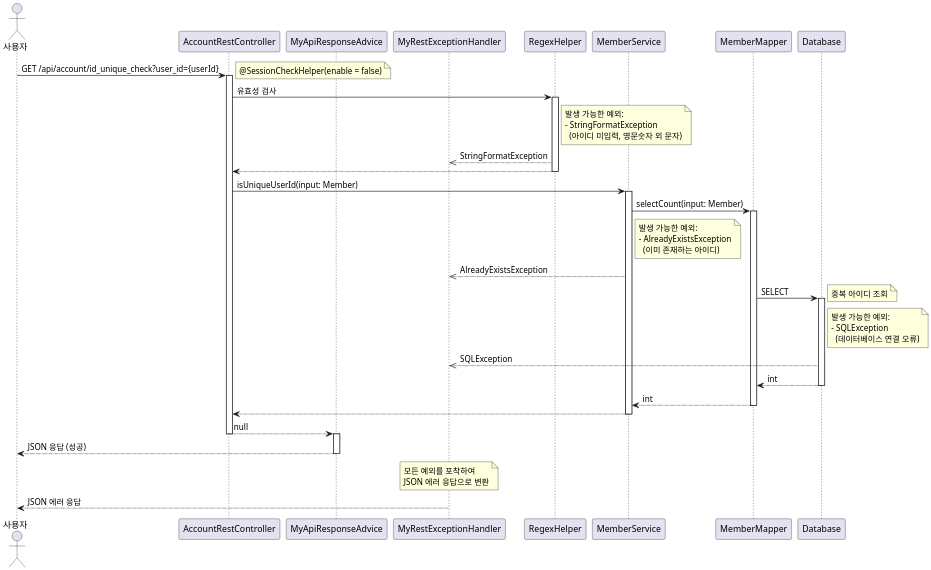
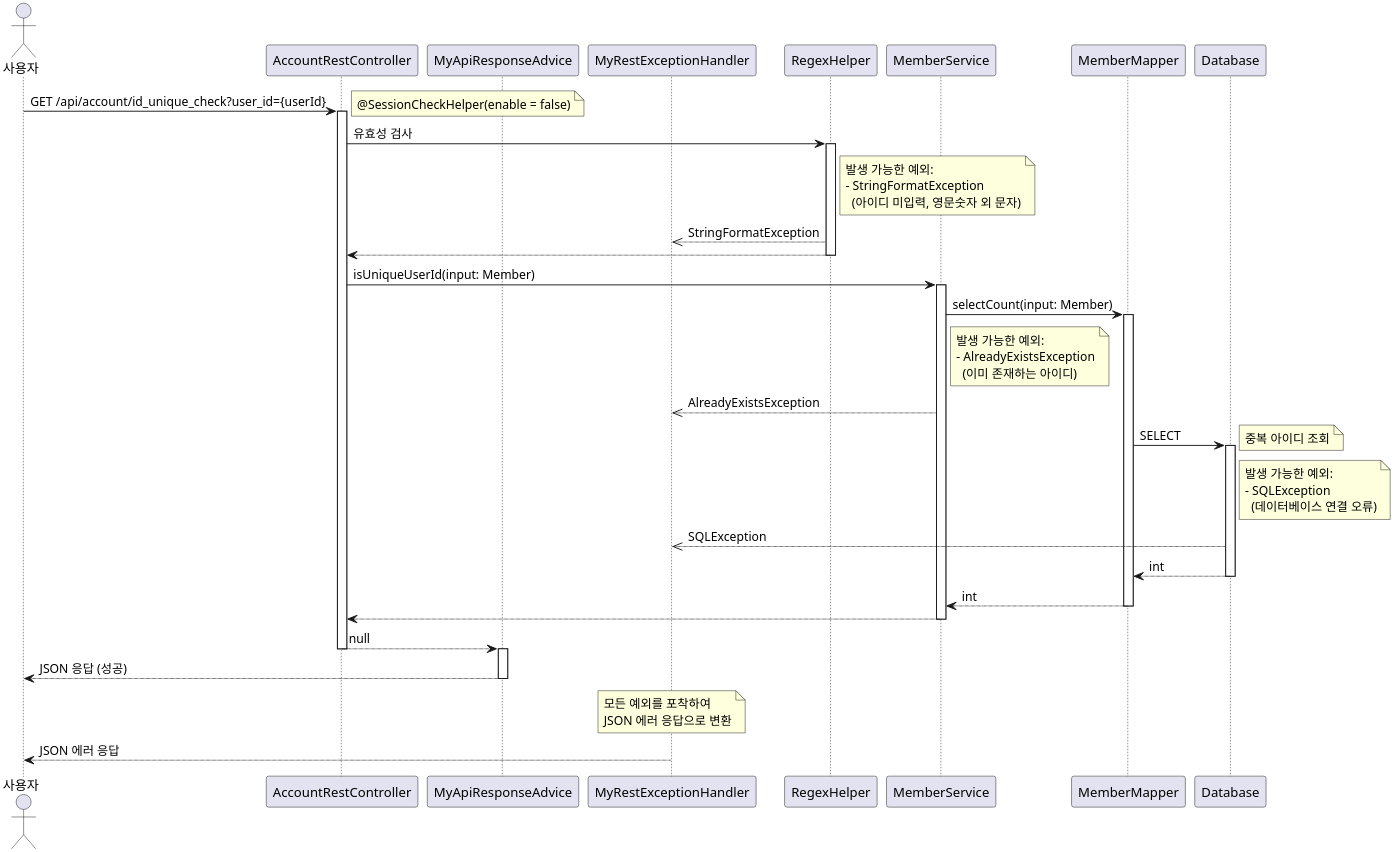
Before and after one commit to leekh4232/study-myshop: the diagram in uml/AccountRestController/idUniqueCheck_Sequence.puml, drawn with PlantUML. The commit also changed 34 other files, not shown here.

```diff
--- a/uml/AccountRestController/idUniqueCheck_Sequence.puml
+++ b/uml/AccountRestController/idUniqueCheck_Sequence.puml
@@ -1,51 +1,51 @@
 @startuml
-skinparam dpi 200
+skinparam dpi 300
 
 actor Actor as "사용자"
 participant AccountRestController
 participant MyApiResponseAdvice
 participant MyRestExceptionHandler
 participant RegexHelper
 participant MemberService
 participant MemberMapper
 participant Database
 
 Actor -> AccountRestController: GET /api/account/id_unique_check?user_id={userId}
 activate AccountRestController
 note right: @SessionCheckHelper(enable = false)
 
 AccountRestController -> RegexHelper: 유효성 검사
 activate RegexHelper
 note right of RegexHelper: 발생 가능한 예외:\n- StringFormatException\n  (아이디 미입력, 영문숫자 외 문자)
 RegexHelper -->> MyRestExceptionHandler: StringFormatException
 RegexHelper --> AccountRestController
 deactivate RegexHelper
 
 AccountRestController -> MemberService: isUniqueUserId(input: Member)
 activate MemberService
 MemberService -> MemberMapper: selectCount(input: Member)
 activate MemberMapper
 note right of MemberService: 발생 가능한 예외:\n- AlreadyExistsException\n  (이미 존재하는 아이디)
 MemberService -->> MyRestExceptionHandler: AlreadyExistsException
 MemberMapper -> Database: SELECT
 activate Database
 note right: 중복 아이디 조회
 note right of Database: 발생 가능한 예외:\n- SQLException\n  (데이터베이스 연결 오류)
 Database -->> MyRestExceptionHandler: SQLException
 Database --> MemberMapper: int
 deactivate Database
 MemberMapper --> MemberService: int
 deactivate MemberMapper
 MemberService --> AccountRestController
 deactivate MemberService
 
 AccountRestController --> MyApiResponseAdvice: null
 deactivate AccountRestController
 activate MyApiResponseAdvice
 MyApiResponseAdvice --> Actor: JSON 응답 (성공)
 deactivate MyApiResponseAdvice
 
 note over MyRestExceptionHandler: 모든 예외를 포착하여\nJSON 에러 응답으로 변환
 MyRestExceptionHandler --> Actor: JSON 에러 응답
 
 @enduml
```
